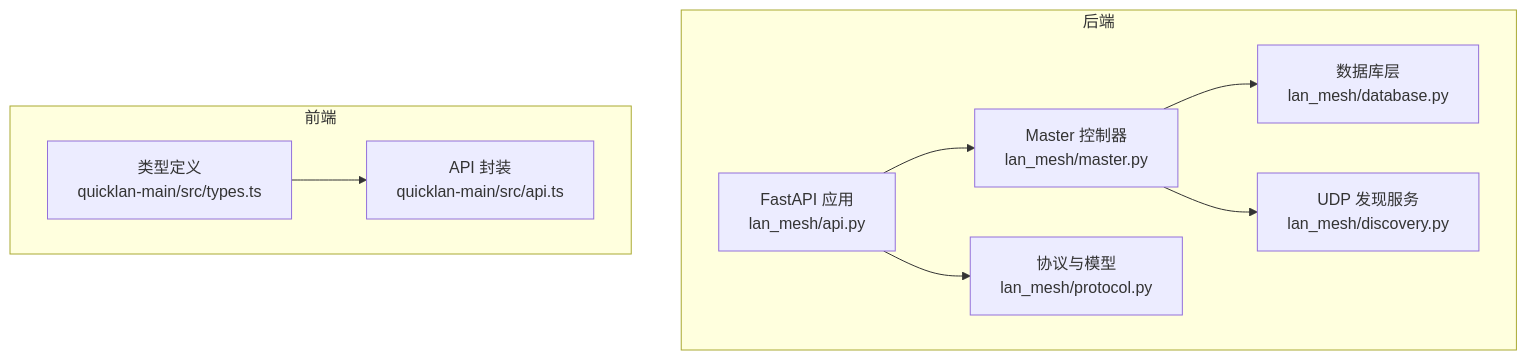
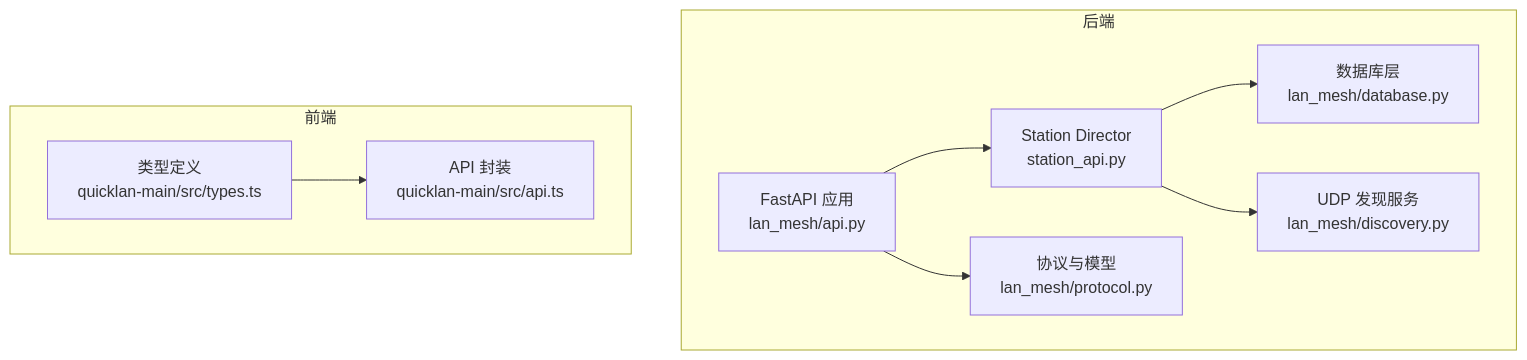
The first of 6 diagrams in .qoder/repowiki/zh/content/Web API 接口/WebSocket 实时通信.md (targalian/Personal-distributed-workstation), drawn with Mermaid before and after one commit. The commit also changed other lines of this file and 63 other files, not shown here.

Commit message:
docs(station): 同步 repo wiki 至 station_controller/station_api 架构

````diff
--- a/.qoder/repowiki/zh/content/Web API 接口/WebSocket 实时通信.md
+++ b/.qoder/repowiki/zh/content/Web API 接口/WebSocket 实时通信.md
@@ -35,19 +35,19 @@
 ```mermaid
 graph TB
 subgraph "后端"
 A["FastAPI 应用<br/>lan_mesh/api.py"]
-B["Master 控制器<br/>lan_mesh/master.py"]
+B["Station Director<br/>station_api.py"]
 C["协议与模型<br/>lan_mesh/protocol.py"]
 D["数据库层<br/>lan_mesh/database.py"]
 E["UDP 发现服务<br/>lan_mesh/discovery.py"]
 end
 subgraph "前端"
 F["类型定义<br/>quicklan-main/src/types.ts"]
 G["API 封装<br/>quicklan-main/src/api.ts"]
 end
 A --> B
 B --> D
 B --> E
 A --> C
 F --> G
 ```
````
